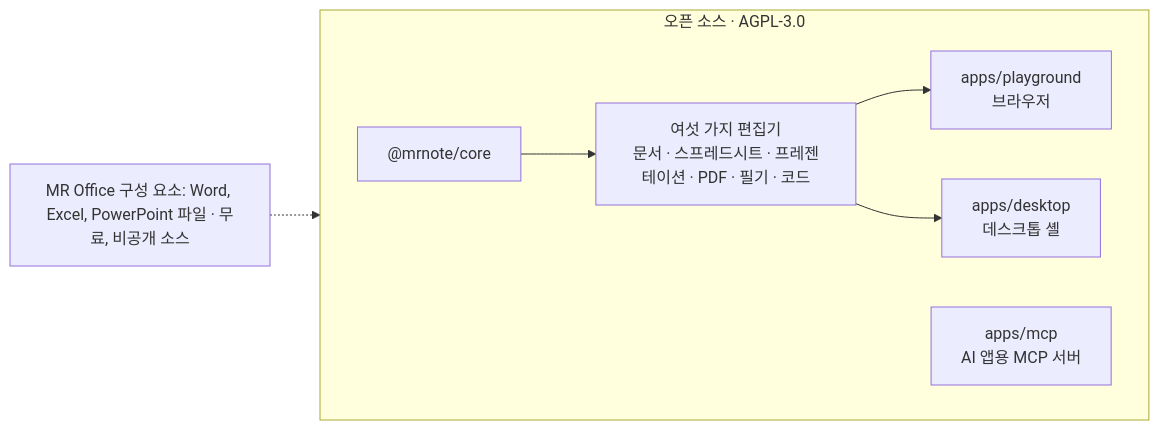
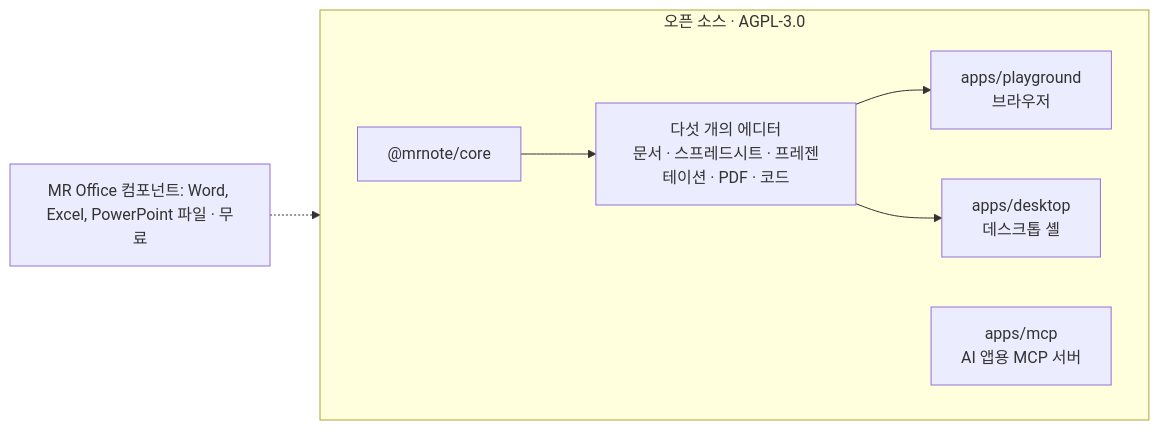
The diagram in i18n/README.ko.md (WhaleChao/MROffice), drawn with Mermaid before and after one commit. The commit also changed other lines of this file and 621 other files, not shown here.

````diff
--- a/i18n/README.ko.md
+++ b/i18n/README.ko.md
@@ -130,11 +128,11 @@
 ```mermaid
 flowchart LR
   subgraph OSS["오픈 소스 · AGPL-3.0"]
     direction LR
-    core["@mrnote/core"] --> E["여섯 가지 편집기<br/>문서 · 스프레드시트 · 프레젠테이션 · PDF · 필기 · 코드"]
+    core["@mrnote/core"] --> E["다섯 개의 에디터<br/>문서 · 스프레드시트 · 프레젠테이션 · PDF · 코드"]
     E --> PG["apps/playground<br/>브라우저"]
     E --> DS["apps/desktop<br/>데스크톱 셸"]
     MCP["apps/mcp<br/>AI 앱용 MCP 서버"]
   end
-  COMP["MR Office 구성 요소: Word, Excel, PowerPoint 파일 · 무료, 비공개 소스"] -.-> DS
+  COMP["MR Office 컴포넌트: Word, Excel, PowerPoint 파일 · 무료"] -.-> DS
 ```
````
